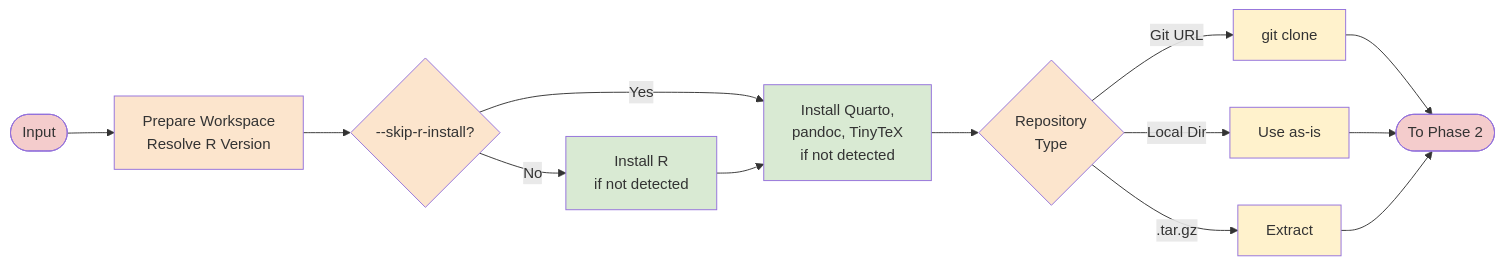
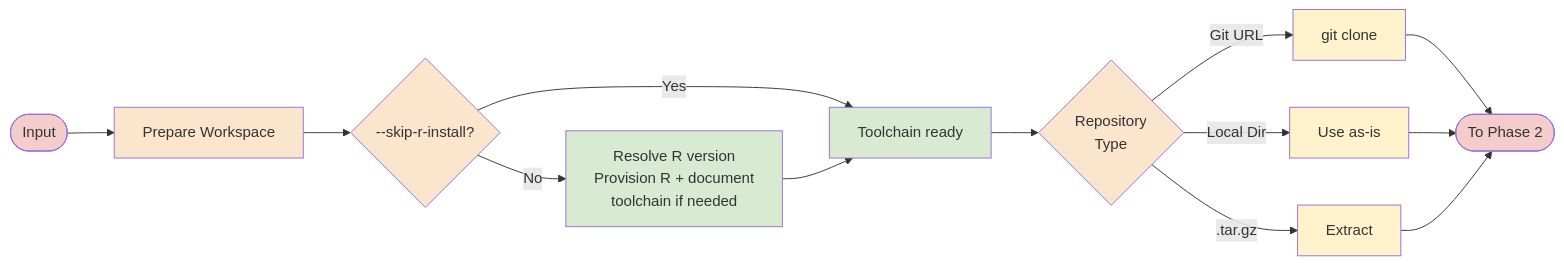
One commit to nanxstats/revdeprun changed the diagram in assets/workflow-phase-1.mermaid. Above: the diagram before and after it, drawn with Mermaid. The commit also changed 11 other files, not shown here.

First line of the commit message:
Correct `--skip-r-install` behavior + improve Debian version fallback logic (#166)

```diff
--- a/assets/workflow-phase-1.mermaid
+++ b/assets/workflow-phase-1.mermaid
@@ -1,27 +1,27 @@
 flowchart LR
-    Start([Input]) --> Setup[Prepare Workspace<br/>Resolve R Version]
+    Start([Input]) --> Setup[Prepare Workspace]
     Setup --> CheckR{--skip-r-install?}
 
-    CheckR -->|No| InstallR[Install R<br/>if not detected]
-    CheckR -->|Yes| InstallDocs
-    InstallR --> InstallDocs[Install Quarto,<br/>pandoc, TinyTeX<br/>if not detected]
-    InstallDocs --> PrepRepo{Repository<br/>Type}
+    CheckR -->|No| Provision[Resolve R version<br/>Provision R + document<br/>toolchain if needed]
+    CheckR -->|Yes| Ready[Use system toolchain]
+    Provision --> Ready[Toolchain ready]
+    Ready --> PrepRepo{Repository<br/>Type}
 
     PrepRepo -->|Git URL| Clone[git clone]
     PrepRepo -->|Local Dir| UseLocal[Use as-is]
     PrepRepo -->|.tar.gz| Extract[Extract]
 
     Clone --> Next([To Phase 2])
     UseLocal --> Next
     Extract --> Next
 
     style Start fill:#f4cccc
     style Next fill:#f4cccc
     style Setup fill:#fce5cd
     style CheckR fill:#fce5cd
-    style InstallR fill:#d9ead3
-    style InstallDocs fill:#d9ead3
+    style Provision fill:#d9ead3
+    style Ready fill:#d9ead3
     style PrepRepo fill:#fce5cd
     style Clone fill:#fff2cc
     style UseLocal fill:#fff2cc
     style Extract fill:#fff2cc
```
